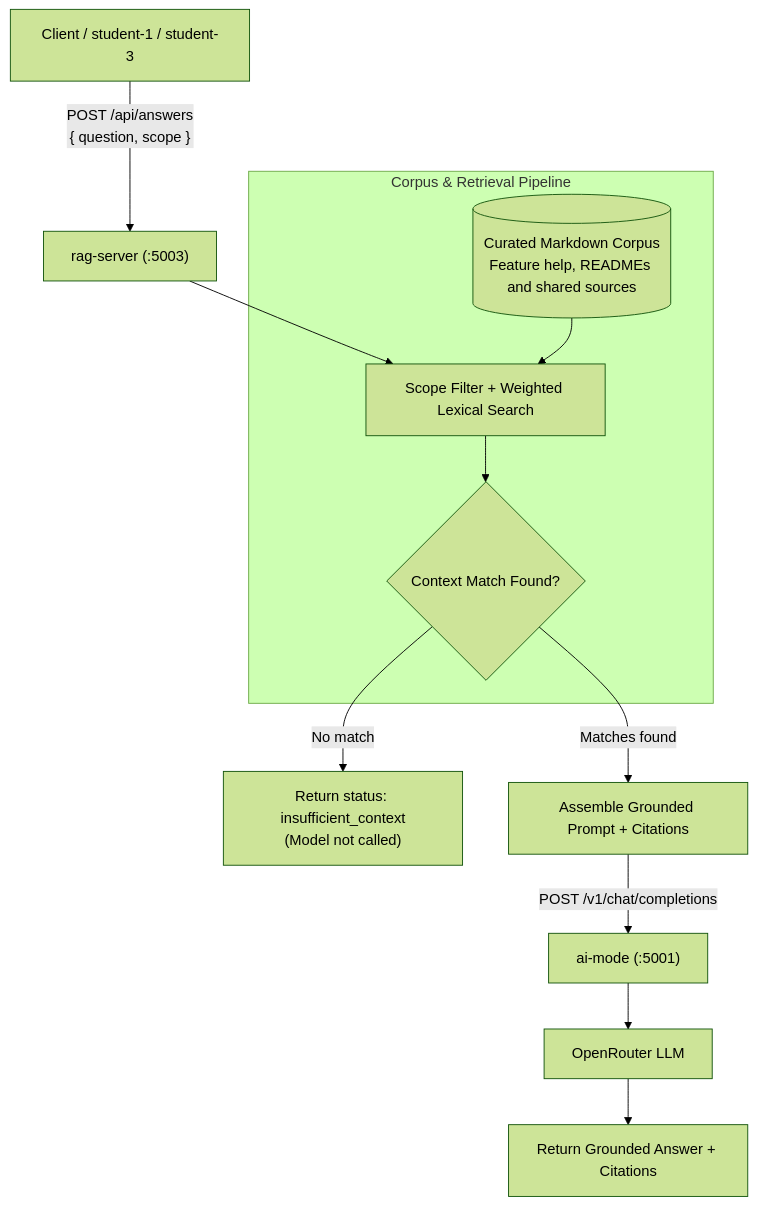
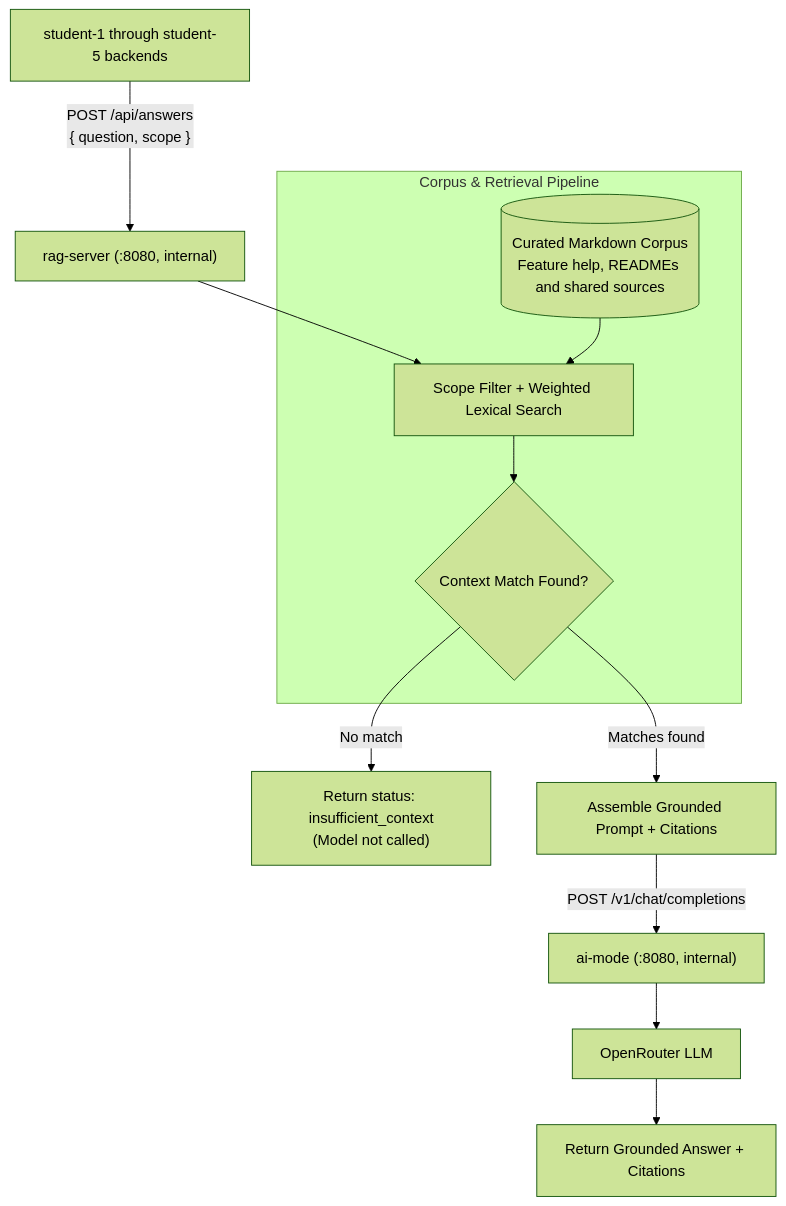
One commit to AmAComputerNerd/41026--software-development-project changed the diagram in ai-services/rag-server/README.md. Above: the diagram before and after it, drawn with Mermaid (forest theme). The commit also changed other lines of this file and 31 other files, not shown here.

````diff
--- a/ai-services/rag-server/README.md
+++ b/ai-services/rag-server/README.md
@@ -10,19 +9,19 @@
 ```mermaid
 flowchart TD
-    Client["Client / student-1 / student-3"] -- "POST /api/answers<br>{ question, scope }" --> RAG["rag-server (:5003)"]
+    Client["student-1 through student-5 backends"] -- "POST /api/answers<br>{ question, scope }" --> RAG["rag-server (:8080, internal)"]
 
     subgraph Indexing["Corpus & Retrieval Pipeline"]
         Corpus[("Curated Markdown Corpus<br>Feature help, READMEs and shared sources")]
         LexicalSearch["Scope Filter + Weighted Lexical Search"]
         ContextCheck{"Context Match Found?"}
     end
 
     RAG --> LexicalSearch
     Corpus --> LexicalSearch
     LexicalSearch --> ContextCheck
     ContextCheck -- "No match" --> Insufficient["Return status: insufficient_context<br>(Model not called)"]
     ContextCheck -- "Matches found" --> Prompt["Assemble Grounded Prompt + Citations"]
-    Prompt -- "POST /v1/chat/completions" --> AIM["ai-mode (:5001)"]
+    Prompt -- "POST /v1/chat/completions" --> AIM["ai-mode (:8080, internal)"]
     AIM --> OpenRouter["OpenRouter LLM"]
     OpenRouter --> Answer["Return Grounded Answer + Citations"]
 ```
````
